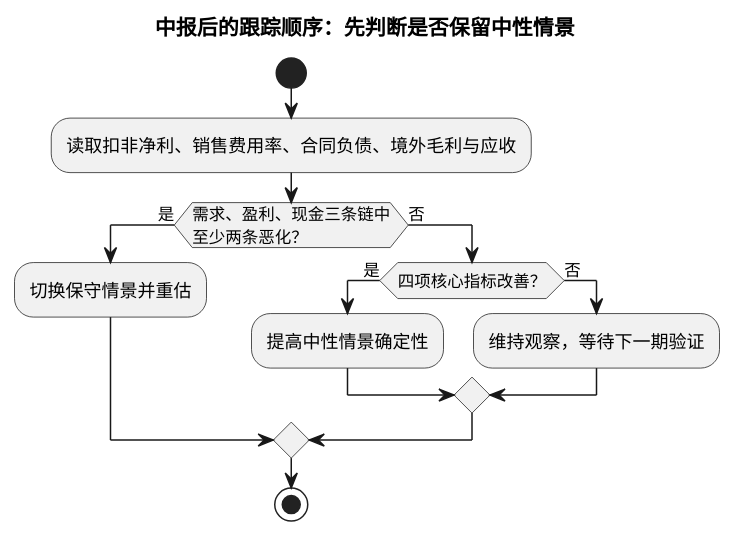
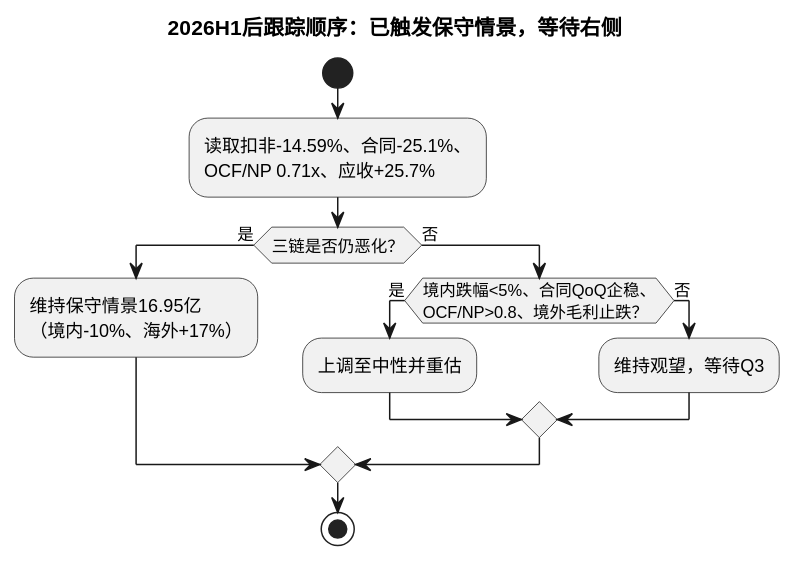
The diagram in investigation/equities/顾家家居/跟踪手册.md (hrzzzrh/QuantPyLab), drawn with PlantUML before and after one commit. The commit also changed other lines of this file and 176 other files, not shown here.

````diff
--- a/investigation/equities/顾家家居/跟踪手册.md
+++ b/investigation/equities/顾家家居/跟踪手册.md
@@ -8,17 +9,17 @@
 ```plantuml
 @startuml
-title 中报后的跟踪顺序：先判断是否保留中性情景
+title 2026H1后跟踪顺序：已触发保守情景，等待右侧
 start
-:读取扣非净利、销售费用率、合同负债、境外毛利与应收;
-if (需求、盈利、现金三条链中\n至少两条恶化？) then (是)
-  :切换保守情景并重估;
+:读取扣非-14.59%、合同-25.1%、\nOCF/NP 0.71x、应收+25.7%;
+if (三链是否仍恶化？) then (是)
+  :维持保守情景16.95亿\n（境内-10%、海外+17%）;
 else (否)
-  if (四项核心指标改善？) then (是)
-    :提高中性情景确定性;
+  if (境内跌幅<5%、合同QoQ企稳、\nOCF/NP>0.8、境外毛利止跌？) then (是)
+    :上调至中性并重估;
   else (否)
-    :维持观察，等待下一期验证;
+    :维持观望，等待Q3;
   endif
 endif
 stop
 @enduml
 ```
````
